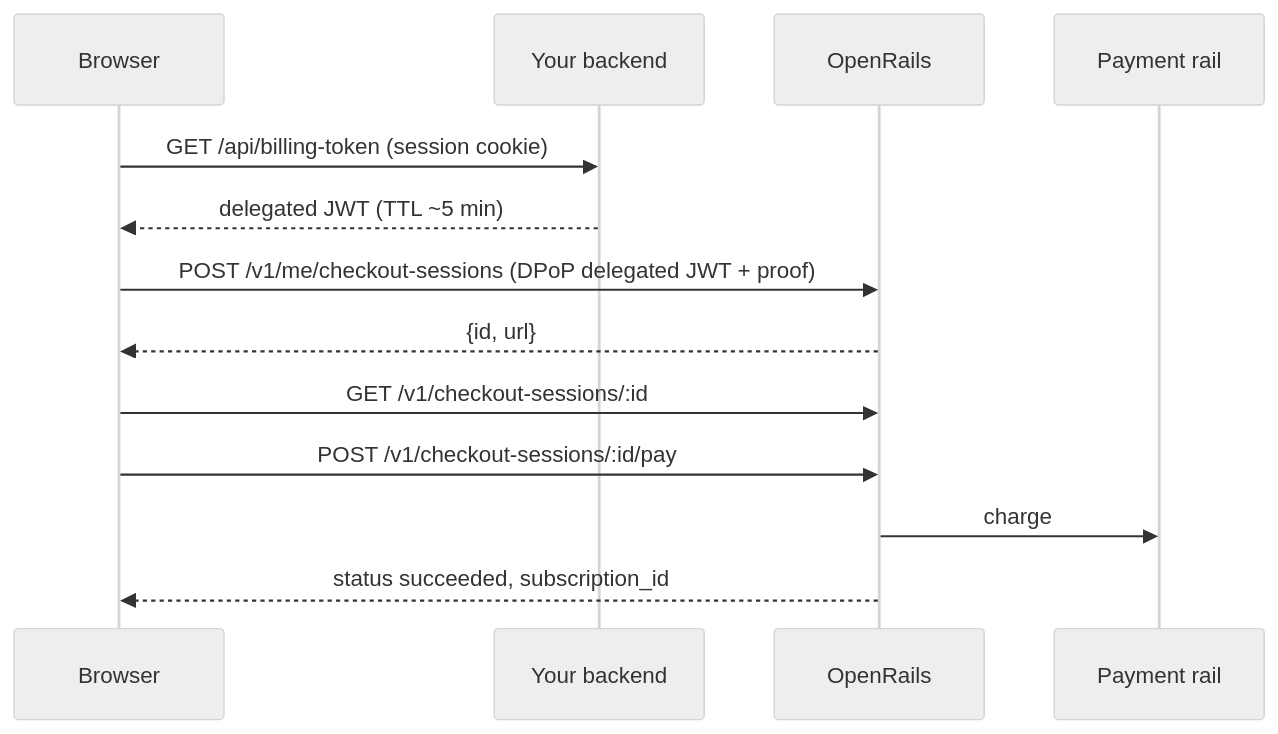
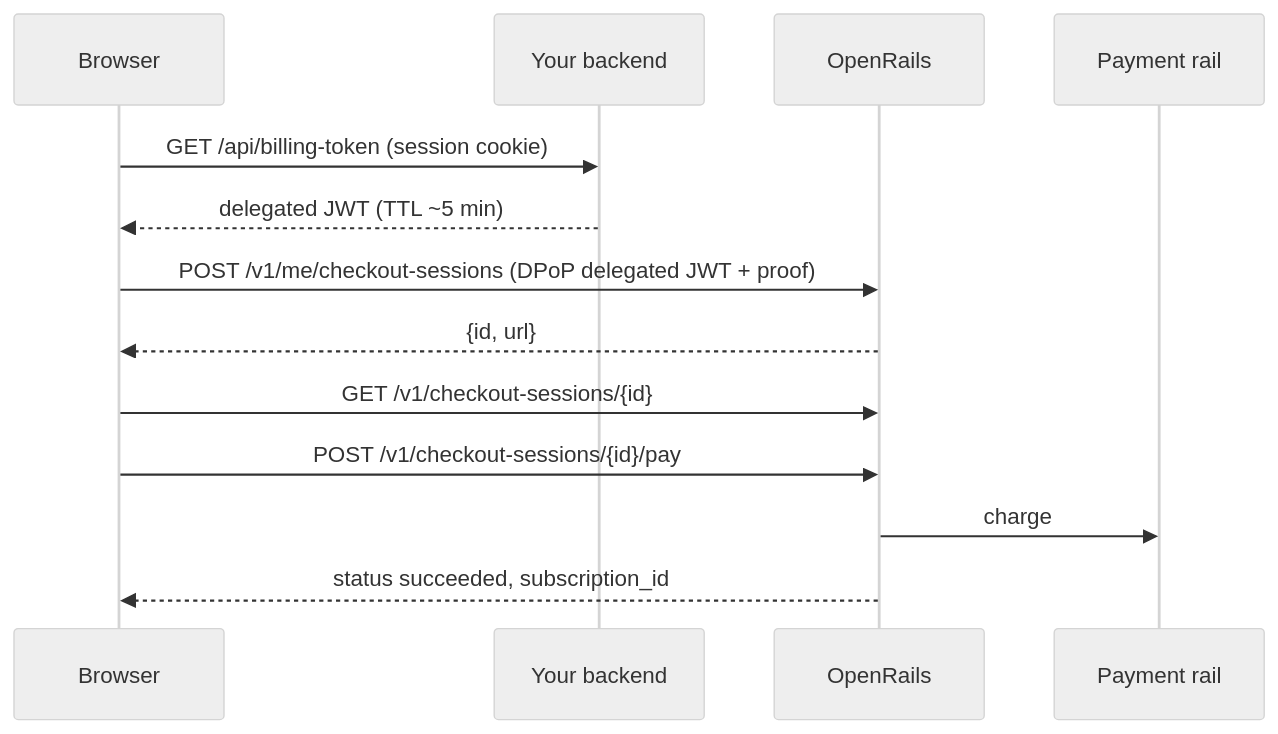
The diagram in docs/frontend-integration.md (open-rails/openrails), drawn with Mermaid (neutral theme) before and after one commit. The commit also changed other lines of this file and 45 other files, not shown here.

````diff
--- a/docs/frontend-integration.md
+++ b/docs/frontend-integration.md
@@ -229,15 +231,15 @@
 ```mermaid
 sequenceDiagram
     participant B as Browser
     participant Y as Your backend
     participant O as OpenRails
     participant P as Payment rail
     B->>Y: GET /api/billing-token (session cookie)
     Y-->>B: delegated JWT (TTL ~5 min)
     B->>O: POST /v1/me/checkout-sessions (DPoP delegated JWT + proof)
     O-->>B: {id, url}
-    B->>O: GET /v1/checkout-sessions/:id
-    B->>O: POST /v1/checkout-sessions/:id/pay
+    B->>O: GET /v1/checkout-sessions/{id}
+    B->>O: POST /v1/checkout-sessions/{id}/pay
     O->>P: charge
     O-->>B: status succeeded, subscription_id
 ```
````
